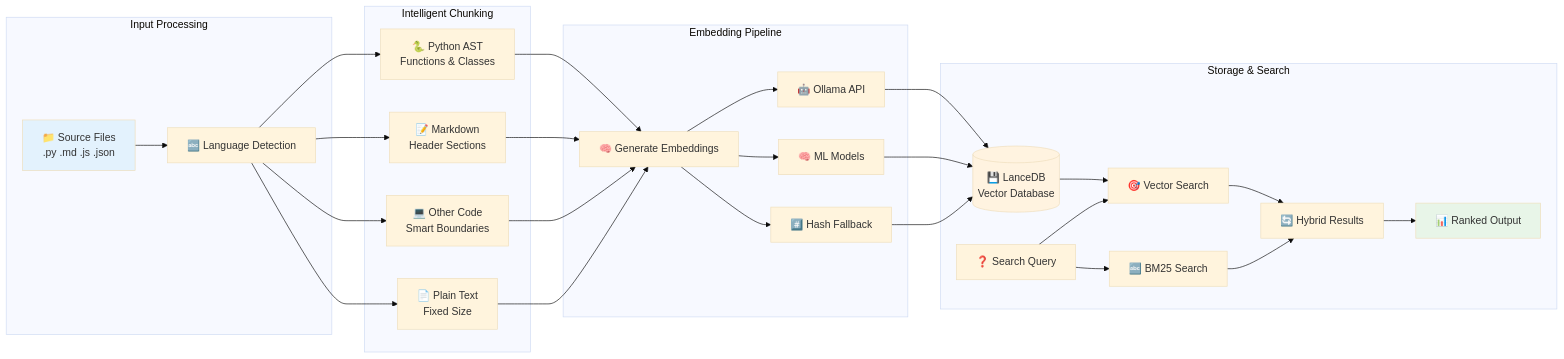
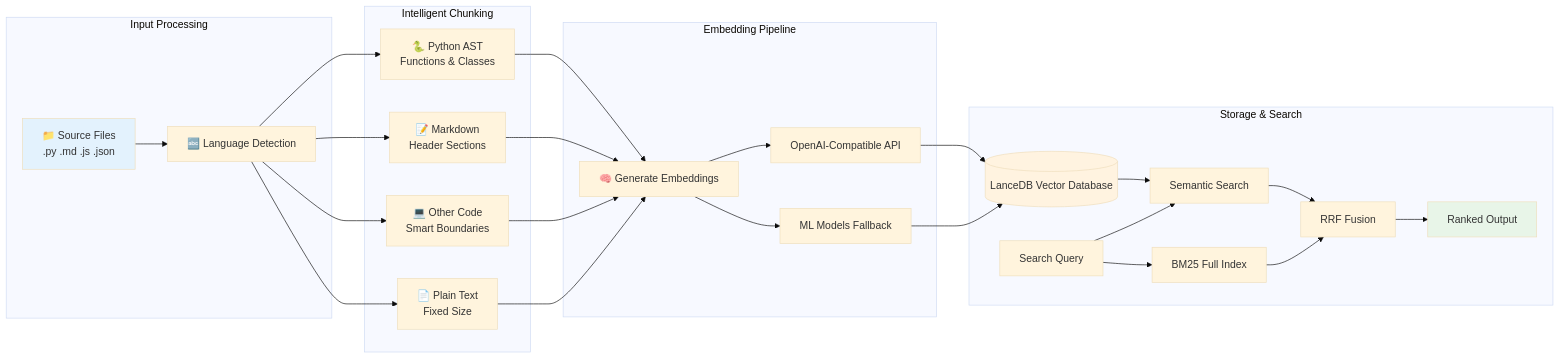
One commit to FSSCoding/Fss-Mini-Rag changed the diagram in docs/TECHNICAL_GUIDE.md. Above: the diagram before and after it, drawn with Mermaid (base theme). The commit also changed other lines of this file and 3 other files, not shown here.

First line of the commit message:
Store embedding config in index, update technical guide, fix Pyright issues

````diff
--- a/docs/TECHNICAL_GUIDE.md
+++ b/docs/TECHNICAL_GUIDE.md
@@ -21,44 +21,42 @@
 ```mermaid
 graph LR
     subgraph "Input Processing"
         Files[📁 Source Files<br/>.py .md .js .json]
         Language[🔤 Language Detection]
         Files --> Language
     end
     
     subgraph "Intelligent Chunking"
         Language --> Python[🐍 Python AST<br/>Functions & Classes]
         Language --> Markdown[📝 Markdown<br/>Header Sections]
         Language --> Code[💻 Other Code<br/>Smart Boundaries]
         Language --> Text[📄 Plain Text<br/>Fixed Size]
     end
     
     subgraph "Embedding Pipeline"
         Python --> Embed[🧠 Generate Embeddings]
         Markdown --> Embed
         Code --> Embed
         Text --> Embed
         
-        Embed --> Ollama[🤖 Ollama API]
-        Embed --> ML[🧠 ML Models] 
-        Embed --> Hash[#️⃣ Hash Fallback]
+        Embed --> API[OpenAI-Compatible API]
+        Embed --> ML[ML Models Fallback]
     end
-    
+
     subgraph "Storage & Search"
-        Ollama --> Store[(💾 LanceDB<br/>Vector Database)]
+        API --> Store[(LanceDB Vector Database)]
         ML --> Store
-        Hash --> Store
-        
-        Query[❓ Search Query] --> Vector[🎯 Vector Search]
-        Query --> Keyword[🔤 BM25 Search]
-        
-        Store --> Vector
-        Vector --> Hybrid[🔄 Hybrid Results]
-        Keyword --> Hybrid
-        Hybrid --> Ranked[📊 Ranked Output]
+
+        Query[Search Query] --> Semantic[Semantic Search]
+        Query --> BM25[BM25 Full Index]
+
+        Store --> Semantic
+        Semantic --> RRF[RRF Fusion]
+        BM25 --> RRF
+        RRF --> Ranked[Ranked Output]
     end
     
     style Files fill:#e3f2fd
     style Store fill:#fff3e0
     style Ranked fill:#e8f5e8
 ```
````
